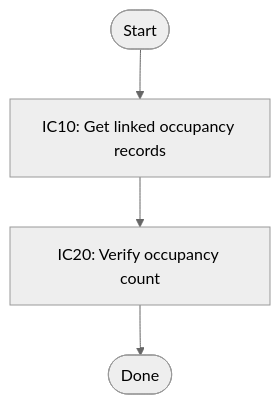
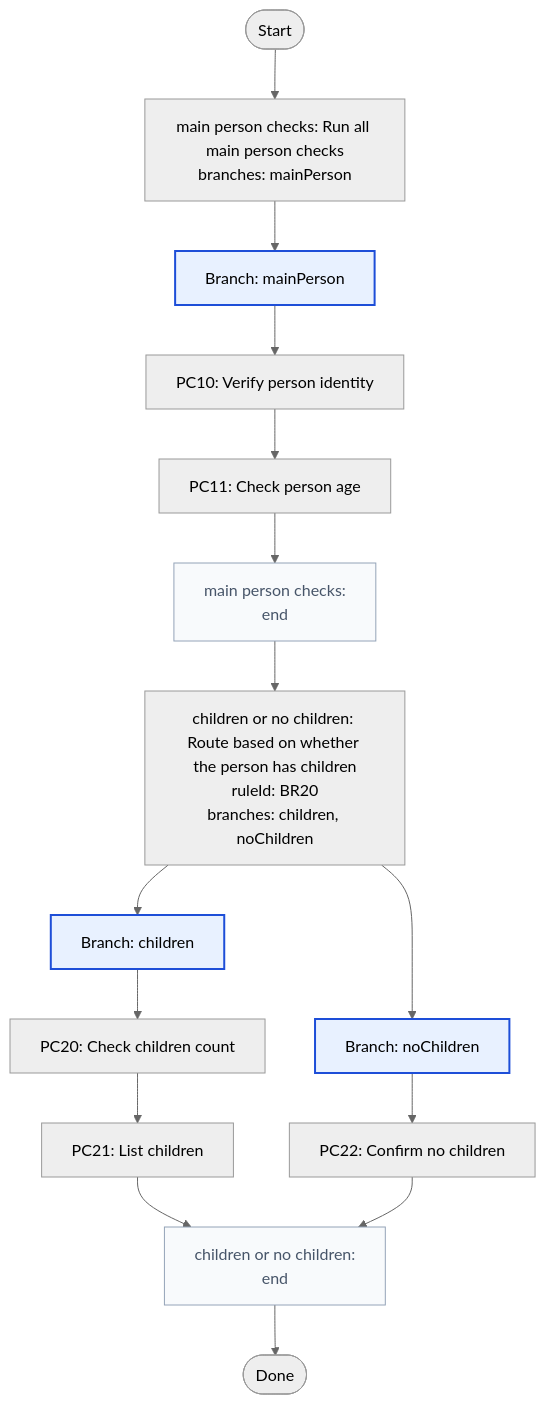
One commit to mikko-apo/structured-flow changed the first of 12 diagrams in README.md. Above: the diagram before and after it, drawn with Mermaid (neutral theme). The commit also changed other lines of this file and 13 other files, not shown here.

Commit message:
updated core api example, removed FlowBuilder, rename Step to Rule, improved documentation core api case

````diff
--- a/README.md
+++ b/README.md
@@ -161,16 +291,47 @@
 ```mermaid
 flowchart TD
   start([Start])
-  step_0["IC10: Get linked occupancy records"]
-  step_0 --> step_1
-  step_1["IC20: Verify occupancy count"]
-  step_1 --> done
+  step_0["main person checks: Run all main person checks
+branches: mainPerson"]
+  branch_0_end["main person checks:
+end"]
+  branch_0_end --> step_1
+  class branch_0_end join
+  branch_0_0_start["Branch: mainPerson"]
+  step_0 --> branch_0_0_start
+  branch_0_0_step_0["PC10: Verify person identity"]
+  branch_0_0_start --> branch_0_0_step_0
+  branch_0_0_step_0 --> branch_0_0_step_1
+  branch_0_0_step_1["PC11: Check person age"]
+  branch_0_0_step_1 --> branch_0_end
+  class branch_0_0_start executed
+  step_1["children or no children: Route based on whether the person has children
+ruleId: BR20
+branches: children, noChildren"]
+  branch_1_end["children or no children:
+end"]
+  branch_1_end --> done
+  class branch_1_end join
+  branch_1_0_start["Branch: children"]
+  step_1 --> branch_1_0_start
+  branch_1_0_step_0["PC20: Check children count"]
+  branch_1_0_start --> branch_1_0_step_0
+  branch_1_0_step_0 --> branch_1_0_step_1
+  branch_1_0_step_1["PC21: List children"]
+  branch_1_0_step_1 --> branch_1_end
+  class branch_1_0_start executed
+  branch_1_1_start["Branch: noChildren"]
+  step_1 --> branch_1_1_start
+  branch_1_1_step_0["PC22: Confirm no children"]
+  branch_1_1_start --> branch_1_1_step_0
+  branch_1_1_step_0 --> branch_1_end
+  class branch_1_1_start executed
   done([Done])
   start --> step_0
   classDef executed fill:#e8f1ff,stroke:#1d4ed8,stroke-width:2px
   classDef success fill:#ecfdf5,stroke:#16a34a,stroke-width:2px
   classDef complete fill:#f0fdf4,stroke:#15803d,stroke-width:2px
   classDef failure fill:#fef2f2,stroke:#dc2626,stroke-width:2px
   classDef neutral fill:#f8fafc,stroke:#94a3b8,stroke-dasharray: 4 2
   classDef join fill:#f8fafc,stroke:#94a3b8,stroke-width:1px,color:#475569
 ```
````
